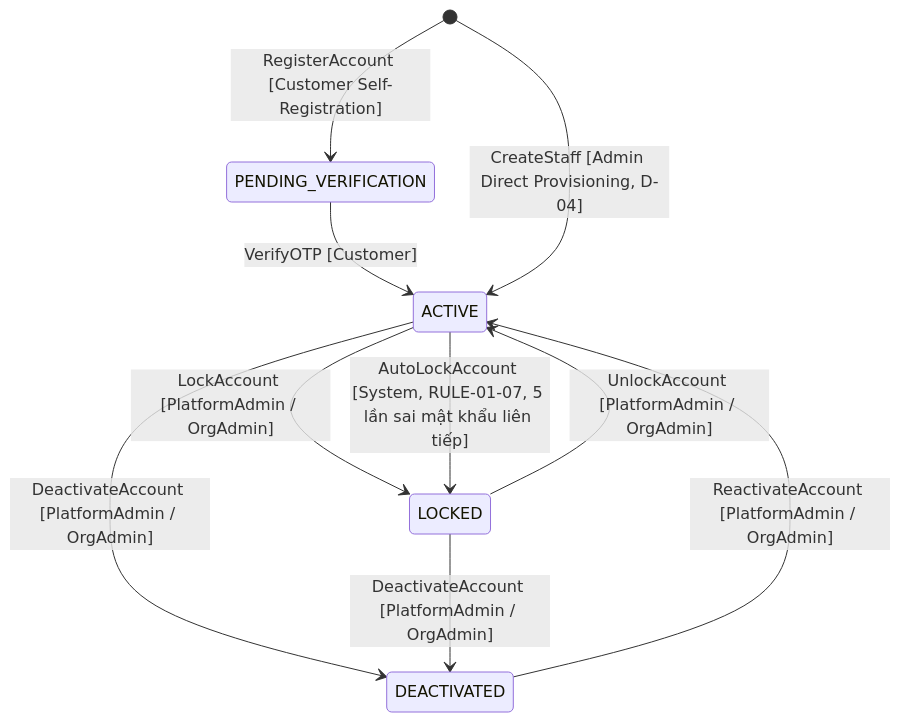
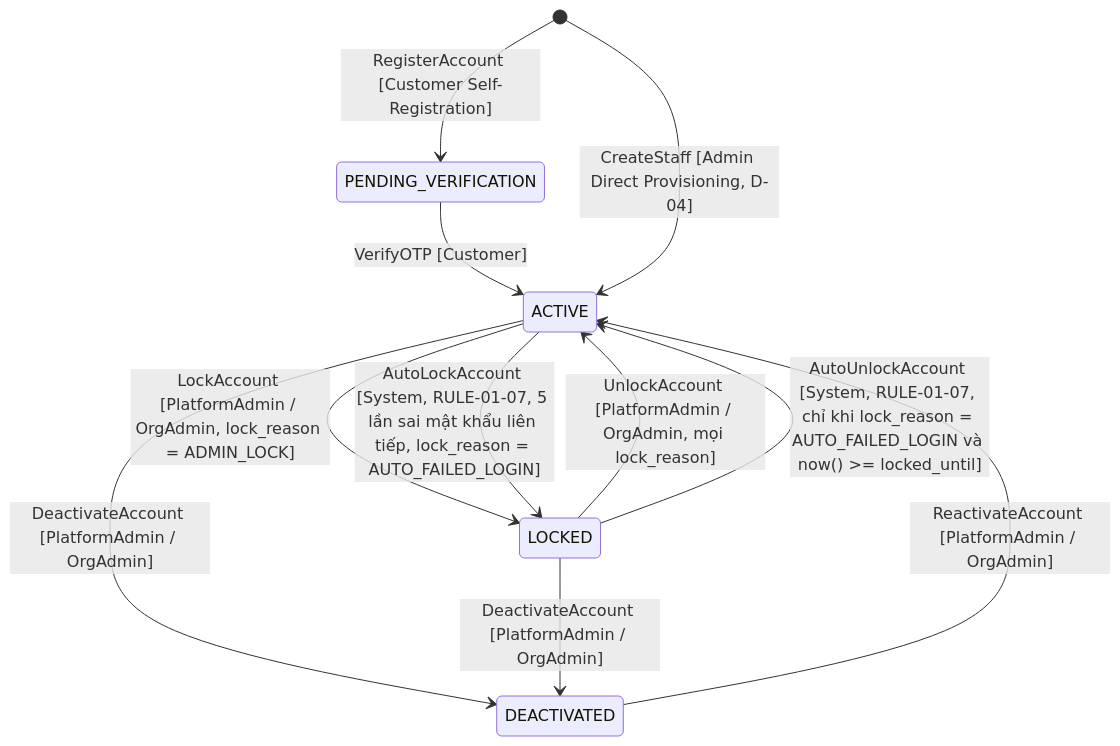
Before and after one commit to BVHC/Pet-care-new: the first of 21 diagrams in docs/03-state-machines.md, drawn with Mermaid. The commit also changed other lines of this file and 9 other files, not shown here.

````diff
--- a/docs/03-state-machines.md
+++ b/docs/03-state-machines.md
@@ -9,12 +9,13 @@
 ```mermaid
 stateDiagram-v2
     [*] --> PENDING_VERIFICATION: RegisterAccount [Customer Self-Registration]
     PENDING_VERIFICATION --> ACTIVE: VerifyOTP [Customer]
     [*] --> ACTIVE: CreateStaff [Admin Direct Provisioning, D-04]
-    ACTIVE --> LOCKED: LockAccount [PlatformAdmin / OrgAdmin]
-    ACTIVE --> LOCKED: AutoLockAccount [System, RULE-01-07, 5 lần sai mật khẩu liên tiếp]
-    LOCKED --> ACTIVE: UnlockAccount [PlatformAdmin / OrgAdmin]
+    ACTIVE --> LOCKED: LockAccount [PlatformAdmin / OrgAdmin, lock_reason = ADMIN_LOCK]
+    ACTIVE --> LOCKED: AutoLockAccount [System, RULE-01-07, 5 lần sai mật khẩu liên tiếp, lock_reason = AUTO_FAILED_LOGIN]
+    LOCKED --> ACTIVE: UnlockAccount [PlatformAdmin / OrgAdmin, mọi lock_reason]
+    LOCKED --> ACTIVE: AutoUnlockAccount [System, RULE-01-07, chỉ khi lock_reason = AUTO_FAILED_LOGIN và now() >= locked_until]
     ACTIVE --> DEACTIVATED: DeactivateAccount [PlatformAdmin / OrgAdmin]
     LOCKED --> DEACTIVATED: DeactivateAccount [PlatformAdmin / OrgAdmin]
     DEACTIVATED --> ACTIVE: ReactivateAccount [PlatformAdmin / OrgAdmin]
 ```
````
